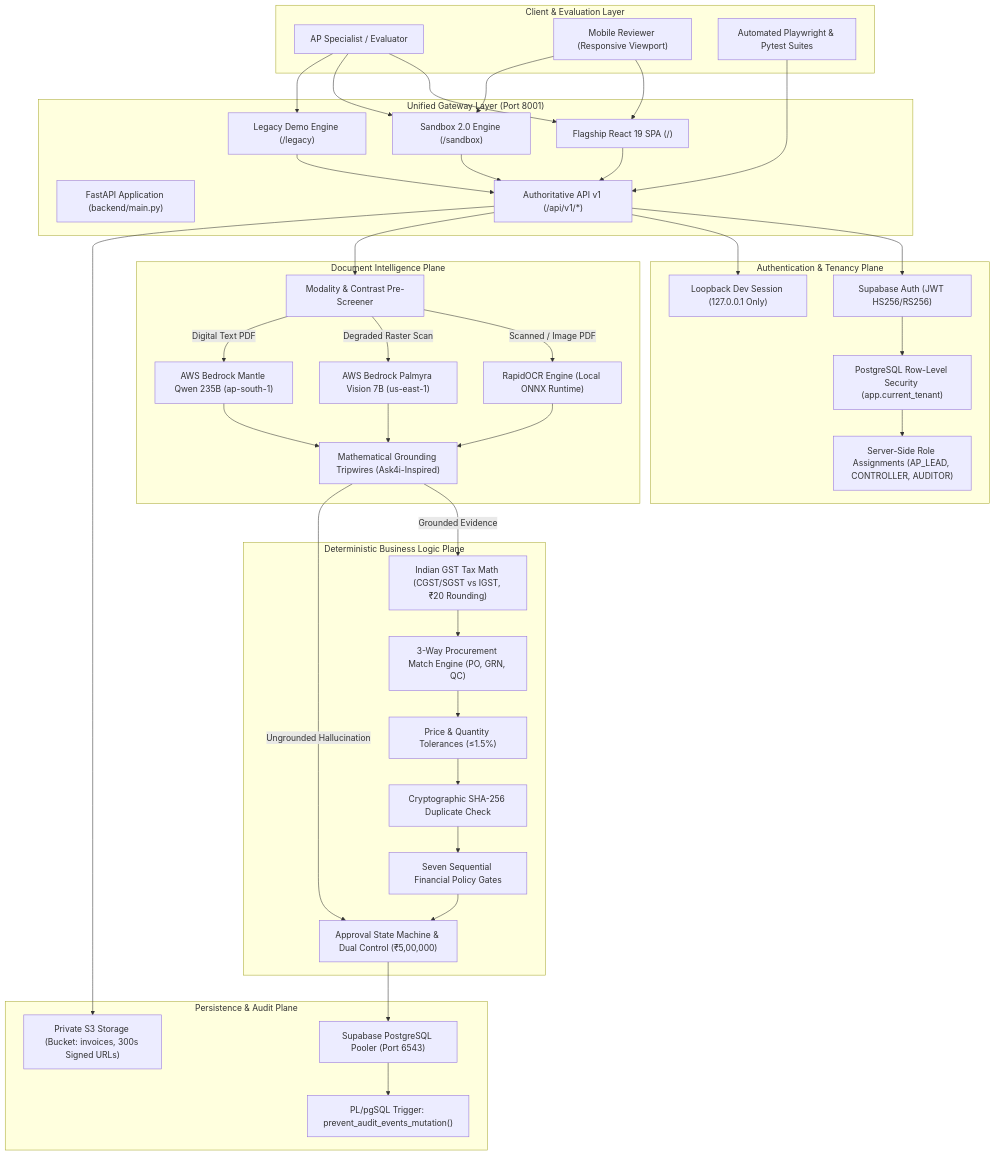
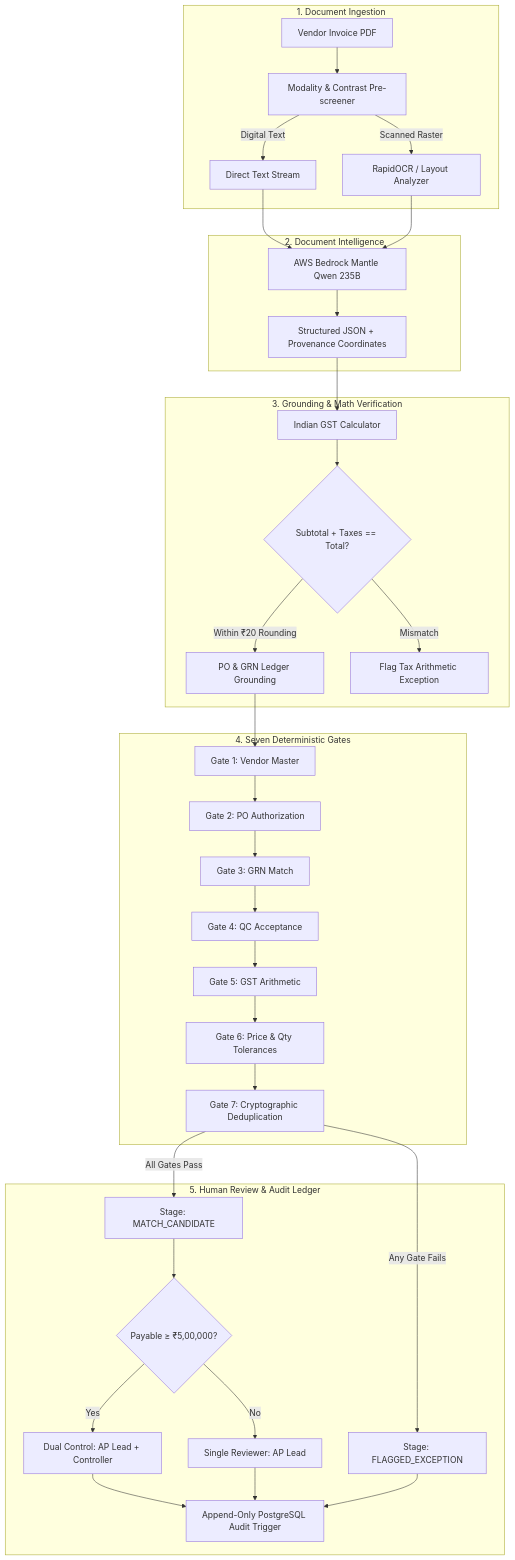
Before and after one commit to neerajs22is-ux/Zamp-Case-Study-PS-1: the diagram in README.md, drawn with Mermaid. The commit also changed other lines of this file and 3 other files, not shown here.

````diff
--- a/README.md
+++ b/README.md
@@ -146,82 +67,42 @@
 ```mermaid
 flowchart TD
-    subgraph ClientLayer ["Client & Evaluation Layer"]
-        BrowserUser["AP Specialist / Evaluator"]
-        MobileUser["Mobile Reviewer (Responsive Viewport)"]
-        Harness["Automated Playwright & Pytest Suites"]
+    subgraph Intake ["1. Document Ingestion"]
+        PDF[Vendor Invoice PDF] --> Prescreen[Modality & Contrast Pre-screener]
+        Prescreen -->|Digital Text| FastPath[Direct Text Stream]
+        Prescreen -->|Scanned Raster| OCRPath[RapidOCR / Layout Analyzer]
     end
 
-    subgraph ServerLayer ["Unified Gateway Layer (Port 8001)"]
-        FastAPIServer["FastAPI Application (backend/main.py)"]
-        ReactApp["Flagship React 19 SPA (/)"]
-        SandboxApp["Sandbox 2.0 Engine (/sandbox)"]
-        LegacyApp["Legacy Demo Engine (/legacy)"]
-        APIRoutes["Authoritative API v1 (/api/v1/*)"]
+    subgraph Intelligence ["2. Document Intelligence"]
+        FastPath --> Mantle[AWS Bedrock Mantle Qwen 235B]
+        OCRPath --> Mantle
+        Mantle --> ExtractedData[Structured JSON + Provenance Coordinates]
     end
 
-    subgraph SecurityPlane ["Authentication & Tenancy Plane"]
-        SupabaseAuth["Supabase Auth (JWT HS256/RS256)"]
-        DevSession["Loopback Dev Session (127.0.0.1 Only)"]
-        TenantRLS["PostgreSQL Row-Level Security (app.current_tenant)"]
-        RBAC["Server-Side Role Assignments (AP_LEAD, CONTROLLER, AUDITOR)"]
+    subgraph Grounding ["3. Grounding & Math Verification"]
+        ExtractedData --> TaxEngine[Indian GST Calculator]
+        TaxEngine --> GSTCheck{Subtotal + Taxes == Total?}
+        GSTCheck -->|Within ₹20 Rounding| ProcurementGrounding[PO & GRN Ledger Grounding]
+        GSTCheck -->|Mismatch| FlagTax[Flag Tax Arithmetic Exception]
     end
 
-    subgraph IntelligencePlane ["Document Intelligence Plane"]
-        PreScreen["Modality & Contrast Pre-Screener"]
-        RapidOCR["RapidOCR Engine (Local ONNX Runtime)"]
-        PalmyraVision["AWS Bedrock Palmyra Vision 7B (us-east-1)"]
-        MantleQwen["AWS Bedrock Mantle Qwen 235B (ap-south-1)"]
-        Tripwires["Mathematical Grounding Tripwires (Ask4i-Inspired)"]
+    subgraph PolicyGates ["4. Seven Deterministic Gates"]
+        ProcurementGrounding --> Gate1[Gate 1: Vendor Master]
+        Gate1 --> Gate2[Gate 2: PO Authorization]
+        Gate2 --> Gate3[Gate 3: GRN Match]
+        Gate3 --> Gate4[Gate 4: QC Acceptance]
+        Gate4 --> Gate5[Gate 5: GST Arithmetic]
+        Gate5 --> Gate6[Gate 6: Price & Qty Tolerances]
+        Gate6 --> Gate7[Gate 7: Cryptographic Deduplication]
     end
 
-    subgraph BusinessPlane ["Deterministic Business Logic Plane"]
-        GSTEngine["Indian GST Tax Math (CGST/SGST vs IGST, ₹20 Rounding)"]
-        MatchEngine["3-Way Procurement Match Engine (PO, GRN, QC)"]
-        ToleranceGate["Price & Quantity Tolerances (≤1.5%)"]
-        DuplicateGate["Cryptographic SHA-256 Duplicate Check"]
-        SevenGates["Seven Sequential Financial Policy Gates"]
-        StateMachine["Approval State Machine & Dual Control (₹5,00,000)"]
+    subgraph Governance ["5. Human Review & Audit Ledger"]
+        Gate7 -->|All Gates Pass| MatchCandidate[Stage: MATCH_CANDIDATE]
+        Gate7 -->|Any Gate Fails| ExceptionStage[Stage: FLAGGED_EXCEPTION]
+        MatchCandidate --> DualControl{Payable ≥ ₹5,00,000?}
+        DualControl -->|Yes| RequireTwoSigners[Dual Control: AP Lead + Controller]
+        DualControl -->|No| SingleSigner[Single Reviewer: AP Lead]
+        RequireTwoSigners --> AppendAudit[Append-Only PostgreSQL Audit Trigger]
+        SingleSigner --> AppendAudit
+        ExceptionStage --> AppendAudit
     end
-
-    subgraph PersistencePlane ["Persistence & Audit Plane"]
-        PostgresPooler["Supabase PostgreSQL Pooler (Port 6543)"]
-        SupabaseStorage["Private S3 Storage (Bucket: invoices, 300s Signed URLs)"]
-        AuditTrigger["PL/pgSQL Trigger: prevent_audit_events_mutation()"]
-    end
-
-    BrowserUser --> ReactApp
-    BrowserUser --> SandboxApp
-    BrowserUser --> LegacyApp
-    MobileUser --> ReactApp
-    MobileUser --> SandboxApp
-    Harness --> APIRoutes
-
-    ReactApp --> APIRoutes
-    SandboxApp --> APIRoutes
-    LegacyApp --> APIRoutes
-
-    APIRoutes --> SupabaseAuth
-    APIRoutes --> DevSession
-    SupabaseAuth --> TenantRLS
-    TenantRLS --> RBAC
-
-    APIRoutes --> PreScreen
-    PreScreen -->|Scanned / Image PDF| RapidOCR
-    PreScreen -->|Degraded Raster Scan| PalmyraVision
-    PreScreen -->|Digital Text PDF| MantleQwen
-    RapidOCR --> Tripwires
-    PalmyraVision --> Tripwires
-    MantleQwen --> Tripwires
-
-    Tripwires -->|Grounded Evidence| GSTEngine
-    Tripwires -->|Ungrounded Hallucination| StateMachine
-    GSTEngine --> MatchEngine
-    MatchEngine --> ToleranceGate
-    ToleranceGate --> DuplicateGate
-    DuplicateGate --> SevenGates
-    SevenGates --> StateMachine
-
-    StateMachine --> PostgresPooler
-    APIRoutes --> SupabaseStorage
-    PostgresPooler --> AuditTrigger
 ```
````
